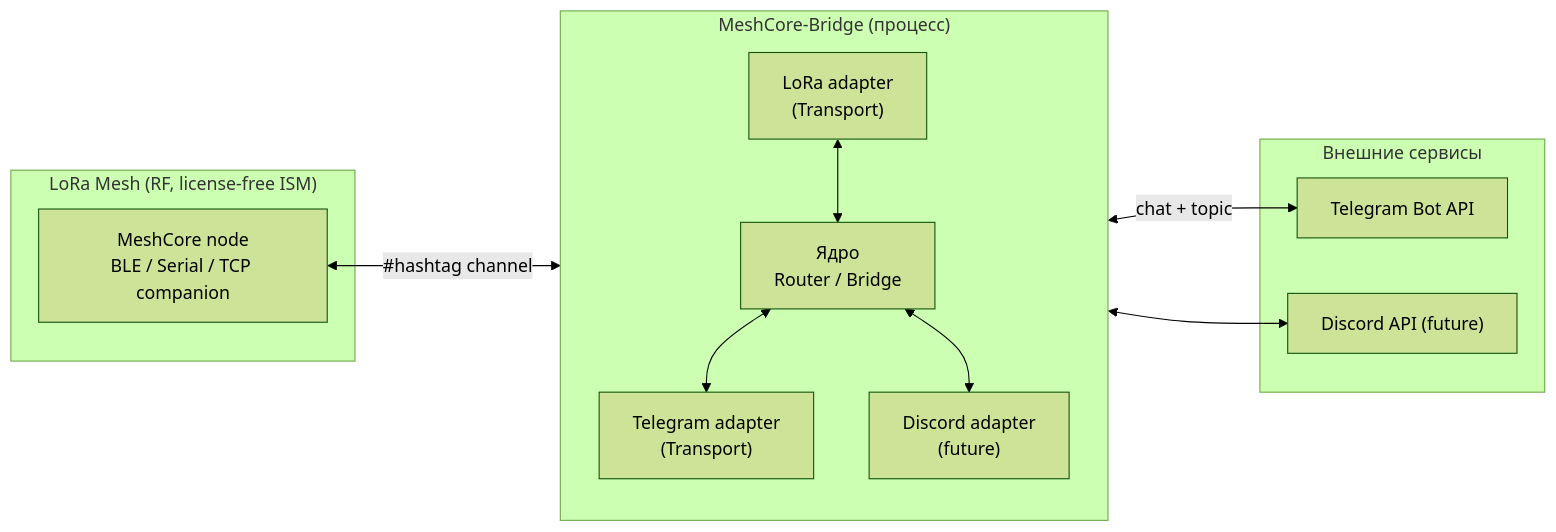
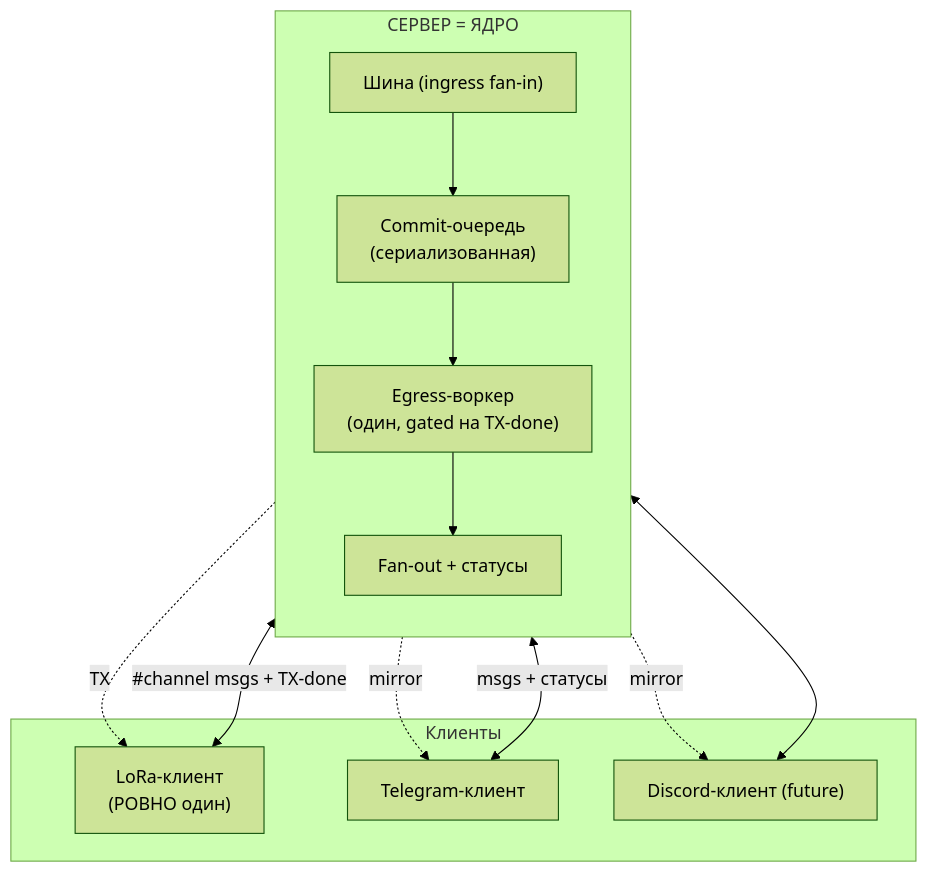
Before and after one commit to Flexlug/LoRa-Bridge: the first of 10 diagrams in docs/ARCHITECTURE.md, drawn with Mermaid (forest theme). The commit also changed other lines of this file, not shown here.

First line of the commit message:
docs: pivot to client-server commit-log architecture

````diff
--- a/docs/ARCHITECTURE.md
+++ b/docs/ARCHITECTURE.md
@@ -72,26 +78,24 @@
 ```mermaid
-flowchart LR
-    subgraph RF["LoRa Mesh (RF, license-free ISM)"]
-      MC["MeshCore node\nBLE / Serial / TCP companion"]
+flowchart TB
+    subgraph Clients["Клиенты"]
+      L["LoRa-клиент\n(РОВНО один)"]
+      T1["Telegram-клиент"]
+      T2["Discord-клиент (future)"]
     end
 
-    subgraph App["MeshCore-Bridge (процесс)"]
+    subgraph Server["СЕРВЕР = ЯДРО"]
       direction TB
-      LT["LoRa adapter\n(Transport)"]
-      CORE["Ядро\nRouter / Bridge"]
-      MT1["Telegram adapter\n(Transport)"]
-      MT2["Discord adapter\n(future)"]
-      LT <--> CORE
-      CORE <--> MT1
-      CORE <--> MT2
+      HUB["Шина (ingress fan-in)"]
+      Q["Commit-очередь\n(сериализованная)"]
+      W["Egress-воркер\n(один, gated на TX-done)"]
+      FO["Fan-out + статусы"]
     end
 
-    subgraph Cloud["Внешние сервисы"]
-      TG["Telegram Bot API"]
-      DC["Discord API (future)"]
-    end
-
-    MC <-->|"#hashtag channel"| LT
-    MT1 <-->|"chat + topic"| TG
-    MT2 <--> DC
+    L  <-->|"#channel msgs + TX-done"| HUB
+    T1 <-->|"msgs + статусы"| HUB
+    T2 <--> HUB
+    HUB --> Q --> W --> FO
+    FO -. "mirror" .-> T1
+    FO -. "mirror" .-> T2
+    W  -. "TX" .-> L
 ```
````
